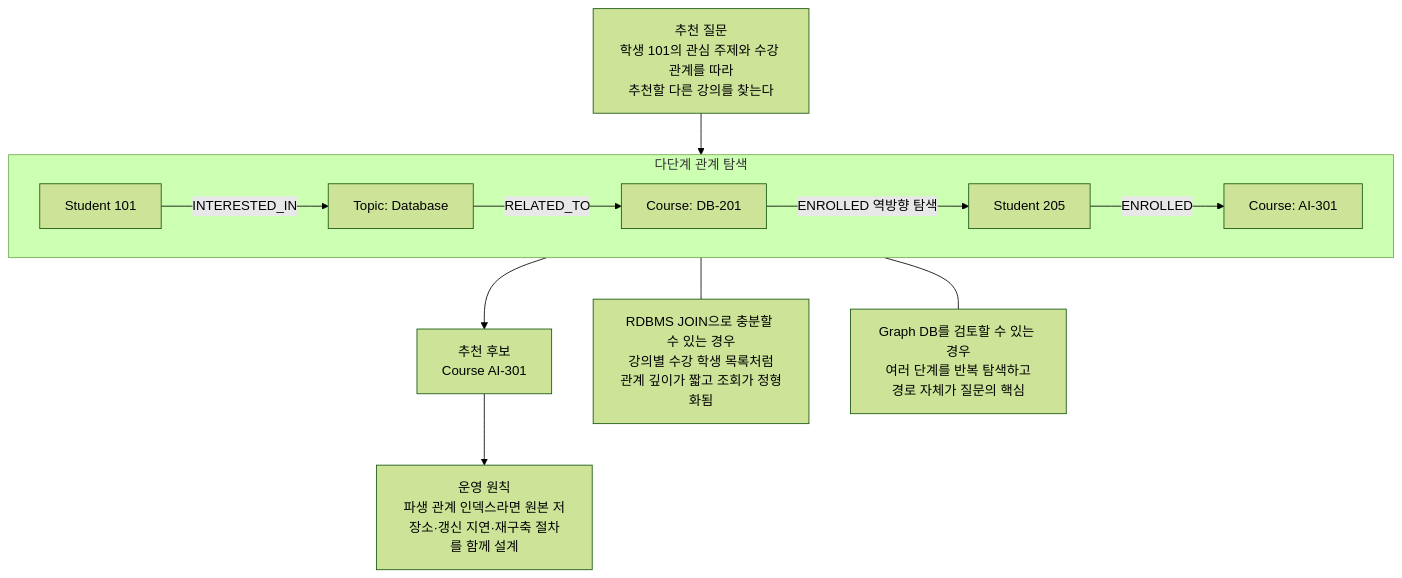
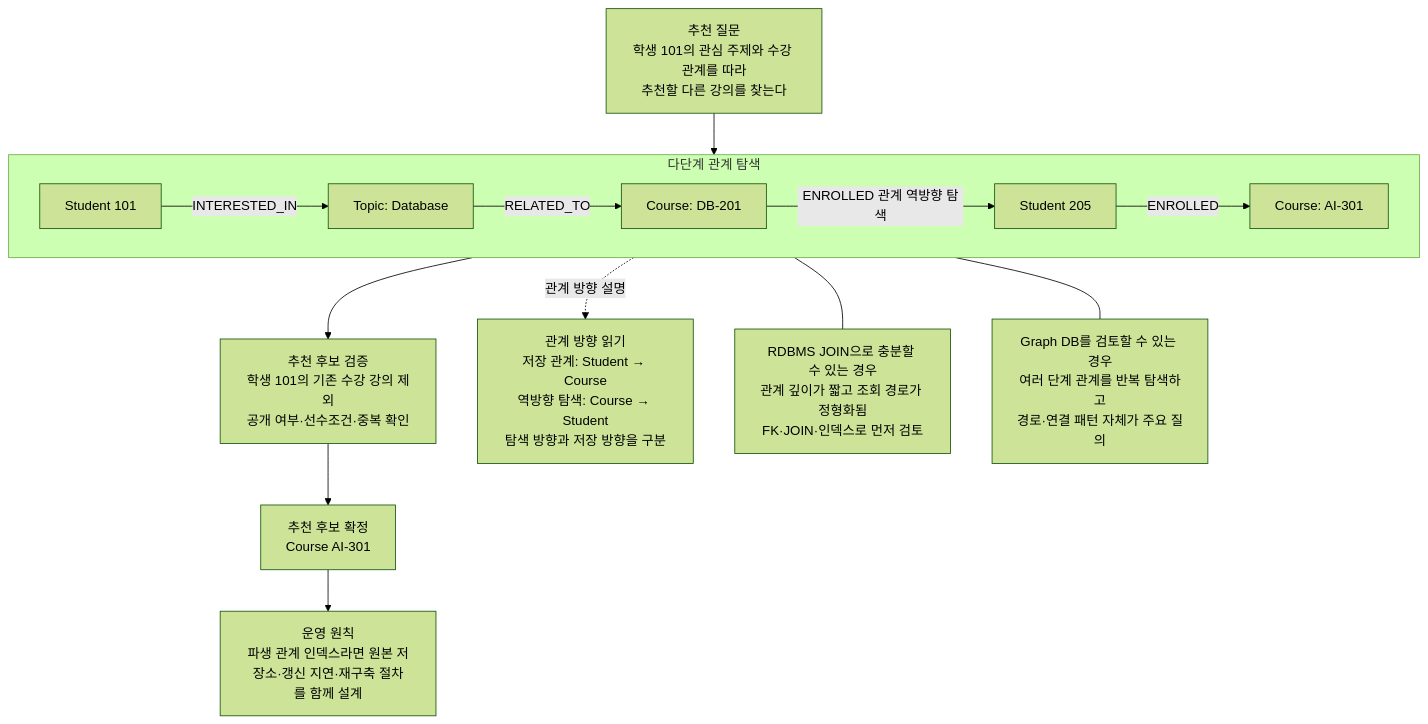
Before and after one commit to GilbertMoon/ai-database-book: the diagram in images/chapter12/ch12_06_graph_relationship_search.mmd, drawn with Mermaid (forest theme).

Commit message:
docs: clarify graph traversal direction and candidate validation

```diff
--- a/images/chapter12/ch12_06_graph_relationship_search.mmd
+++ b/images/chapter12/ch12_06_graph_relationship_search.mmd
@@ -1,22 +1,26 @@
 flowchart TB
     Q["추천 질문<br/>학생 101의 관심 주제와 수강 관계를 따라<br/>추천할 다른 강의를 찾는다"]
 
     subgraph PATH[다단계 관계 탐색]
         direction LR
         S1["Student 101"] -->|INTERESTED_IN| T["Topic: Database"]
         T -->|RELATED_TO| C1["Course: DB-201"]
-        C1 -->|ENROLLED 역방향 탐색| S2["Student 205"]
+        C1 -->|ENROLLED 관계 역방향 탐색| S2["Student 205"]
         S2 -->|ENROLLED| C2["Course: AI-301"]
     end
 
     Q --> S1
-    C2 --> R["추천 후보<br/>Course AI-301"]
+    C2 --> V["추천 후보 검증<br/>학생 101의 기존 수강 강의 제외<br/>공개 여부·선수조건·중복 확인"]
+    V --> R["추천 후보 확정<br/>Course AI-301"]
 
-    SIMPLE["RDBMS JOIN으로 충분할 수 있는 경우<br/>강의별 수강 학생 목록처럼<br/>관계 깊이가 짧고 조회가 정형화됨"]
-    GRAPH["Graph DB를 검토할 수 있는 경우<br/>여러 단계를 반복 탐색하고<br/>경로 자체가 질문의 핵심"]
+    DIR["관계 방향 읽기<br/>저장 관계: Student → Course<br/>역방향 탐색: Course → Student<br/>탐색 방향과 저장 방향을 구분"]
+    C1 -. 관계 방향 설명 .-> DIR
+
+    SIMPLE["RDBMS JOIN으로 충분할 수 있는 경우<br/>관계 깊이가 짧고 조회 경로가 정형화됨<br/>FK·JOIN·인덱스로 먼저 검토"]
+    GRAPH["Graph DB를 검토할 수 있는 경우<br/>여러 단계 관계를 반복 탐색하고<br/>경로·연결 패턴 자체가 주요 질의"]
 
     PATH --- SIMPLE
     PATH --- GRAPH
 
     N["운영 원칙<br/>파생 관계 인덱스라면 원본 저장소·갱신 지연·재구축 절차를 함께 설계"]
     R --> N
```
